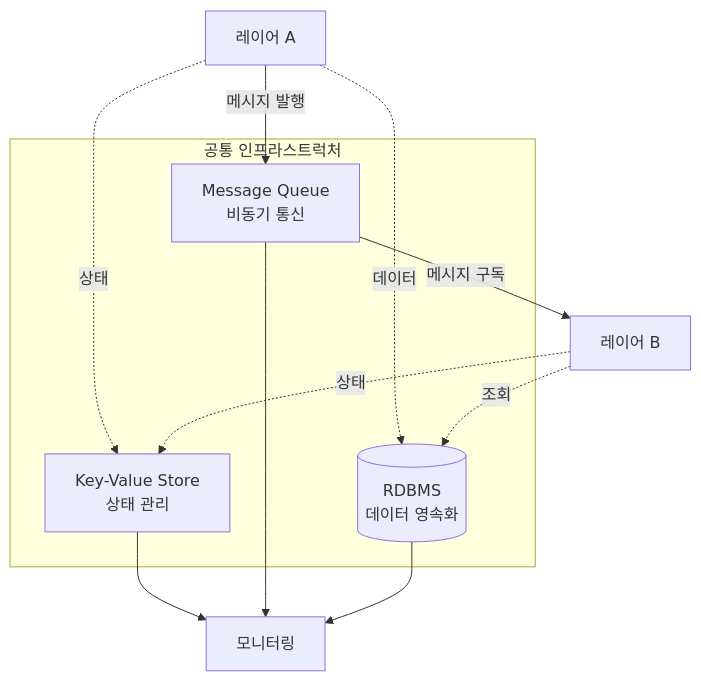
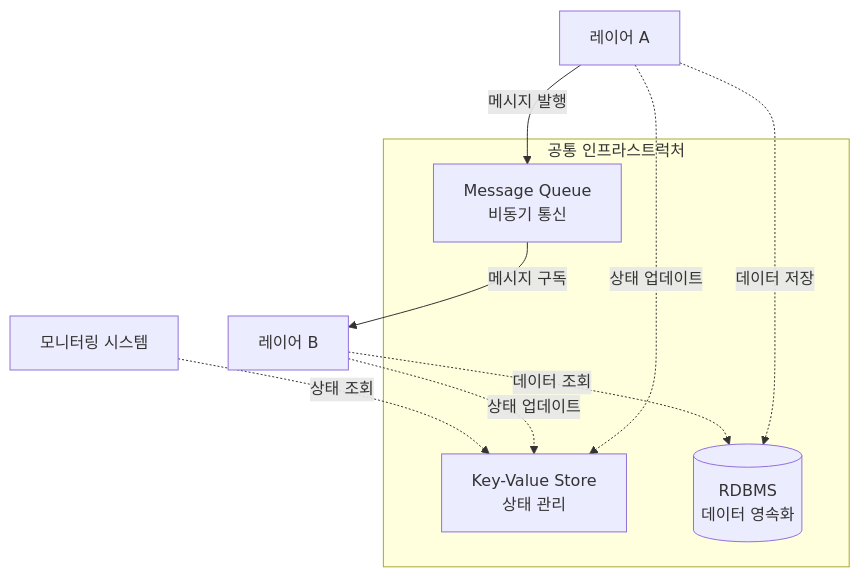
Before and after one commit to Trump-Scan/.github: the second of 2 diagrams in 0.DataProcessingPipelineDesign.md, drawn with Mermaid. The commit also changed other lines of this file, not shown here.

Commit message:
모니터링을 위한 상태 관리는 Key Value Store 에서 하도록 변경

````diff
--- a/0.DataProcessingPipelineDesign.md
+++ b/0.DataProcessingPipelineDesign.md
@@ -60,26 +60,24 @@
 ```mermaid
 graph TB
     LA[레이어 A]
     LB[레이어 B]
-    
+
     subgraph infra[공통 인프라스트럭처]
         MQ[Message Queue<br/>비동기 통신]
         KV[Key-Value Store<br/>상태 관리]
         RDB[(RDBMS<br/>데이터 영속화)]
     end
-    
-    MON[모니터링]
-    
+
+    MON[모니터링 시스템]
+
     LA --메시지 발행--> MQ
     MQ --메시지 구독--> LB
-    
-    LA -.상태.-> KV
-    LB -.상태.-> KV
-    
-    LA -.데이터.-> RDB
-    LB -.조회.-> RDB
-    
-    KV --> MON
-    MQ --> MON
-    RDB --> MON
+
+    LA -.상태 업데이트.-> KV
+    LB -.상태 업데이트.-> KV
+
+    LA -.데이터 저장.-> RDB
+    LB -.데이터 조회.-> RDB
+
+    MON -.상태 조회.-> KV
 ```
````
